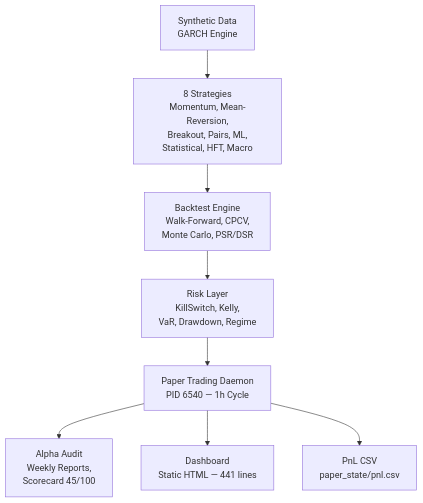
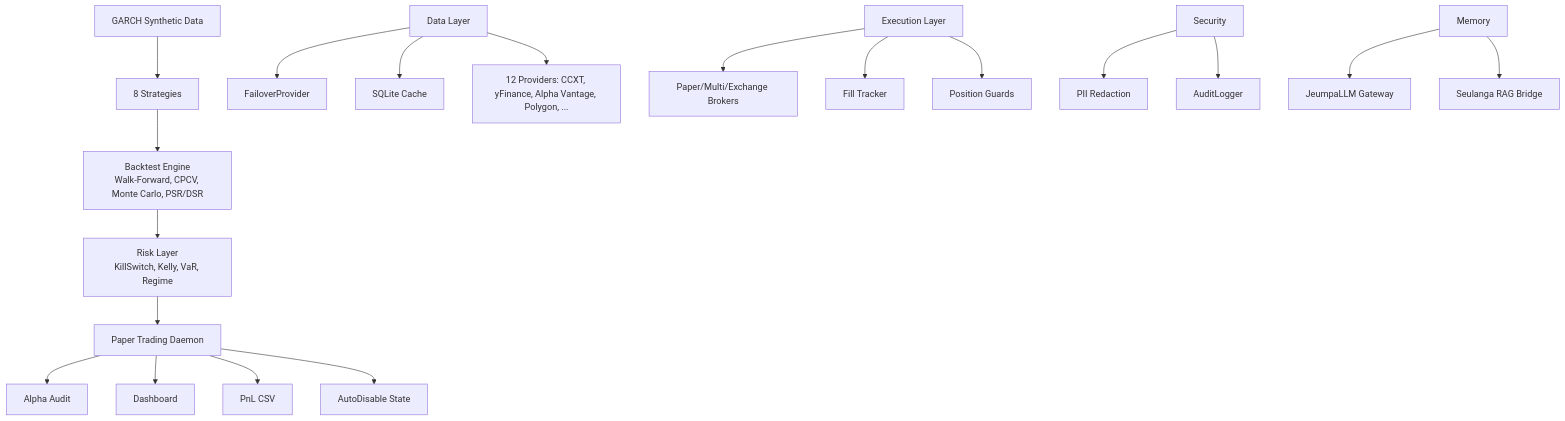
The first of 2 diagrams in docs/ARCHITECTURE.md (mulkymalikuldhrs/Quant-Nanggroe-AI), drawn with Mermaid before and after one commit. The commit also changed other lines of this file and 354 other files, not shown here.

````diff
--- a/docs/ARCHITECTURE.md
+++ b/docs/ARCHITECTURE.md
@@ -5,10 +5,21 @@
 ```mermaid
 graph TD
-    A[Synthetic Data<br/>GARCH Engine] --> B[8 Strategies<br/>Momentum, Mean-Reversion,<br/>Breakout, Pairs, ML,<br/>Statistical, HFT, Macro]
-    B --> C[Backtest Engine<br/>Walk-Forward, CPCV,<br/>Monte Carlo, PSR/DSR]
-    C --> D[Risk Layer<br/>KillSwitch, Kelly,<br/>VaR, Drawdown, Regime]
-    D --> E[Paper Trading Daemon<br/>PID 6540 — 1h Cycle]
-    E --> F[Alpha Audit<br/>Weekly Reports,<br/>Scorecard 45/100]
-    E --> G[Dashboard<br/>Static HTML — 441 lines]
-    E --> H[PnL CSV<br/>paper_state/pnl.csv]
+    SYNTH[GARCH Synthetic Data] --> STRAT[8 Strategies]
+    STRAT --> BT[Backtest Engine<br/>Walk-Forward, CPCV, Monte Carlo, PSR/DSR]
+    BT --> RISK[Risk Layer<br/>KillSwitch, Kelly, VaR, Regime]
+    RISK --> DAEMON[Paper Trading Daemon]
+    DAEMON --> AUDIT[Alpha Audit]
+    DAEMON --> DASH[Dashboard]
+    DAEMON --> PNL[PnL CSV]
+    DAEMON --> STATE[AutoDisable State]
+    DATA[Data Layer] --> FAILOVER[FailoverProvider]
+    DATA --> CACHE[SQLite Cache]
+    DATA --> PROVIDERS[12 Providers: CCXT, yFinance, Alpha Vantage, Polygon, ...]
+    EXEC[Execution Layer] --> BROKER[Paper/Multi/Exchange Brokers]
+    EXEC --> FILL[Fill Tracker]
+    EXEC --> GUARD[Position Guards]
+    SEC[Security] --> PII[PII Redaction]
+    SEC --> AUDITLOG[AuditLogger]
+    MEM[Memory] --> JEUM[JeumpaLLM Gateway]
+    MEM --> SEUL[Seulanga RAG Bridge]
 ```
````
